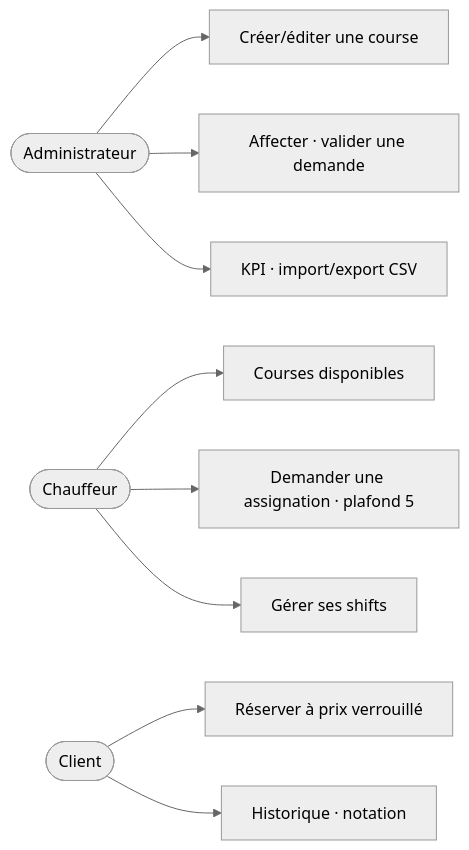
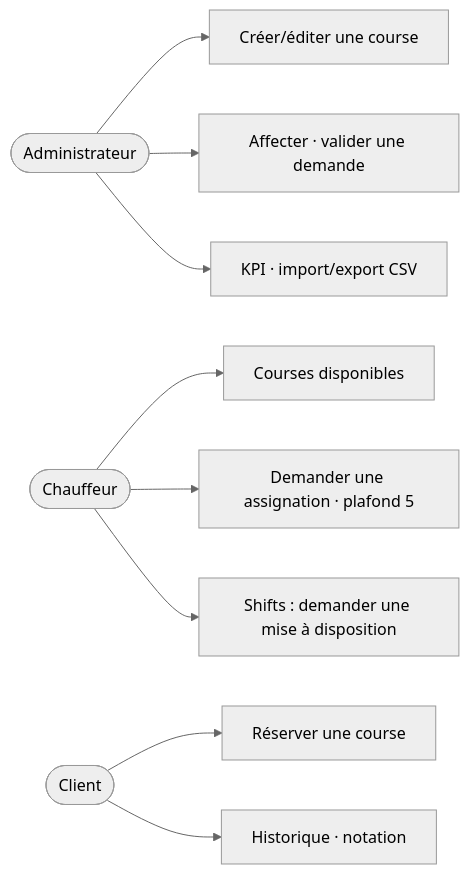
The second of 9 diagrams in documents/dossiers/dossierProjet/v1-complet/dossierProjetRNCP.md (Mamoru-fr/AMT-Express), drawn with Mermaid (neutral theme) before and after one commit. The commit also changed other lines of this file, not shown here.

Commit message:
docs(rncp): rôles lus en extension (client socle) + tarification au compteur + shifts = mises à disposition

````diff
--- a/documents/dossiers/dossierProjet/v1-complet/dossierProjetRNCP.md
+++ b/documents/dossiers/dossierProjet/v1-complet/dossierProjetRNCP.md
@@ -286,11 +288,11 @@
 ```mermaid
 flowchart LR
     Admin([Administrateur]) --> UC1[Créer/éditer une course]
     Admin --> UC2[Affecter · valider une demande]
     Admin --> UC3[KPI · import/export CSV]
     Driver([Chauffeur]) --> UC4[Courses disponibles]
     Driver --> UC5[Demander une assignation · plafond 5]
-    Driver --> UC6[Gérer ses shifts]
-    Customer([Client]) --> UC7[Réserver à prix verrouillé]
+    Driver --> UC6[Shifts : demander une mise à disposition]
+    Customer([Client]) --> UC7[Réserver une course]
     Customer --> UC8[Historique · notation]
 ```
````
